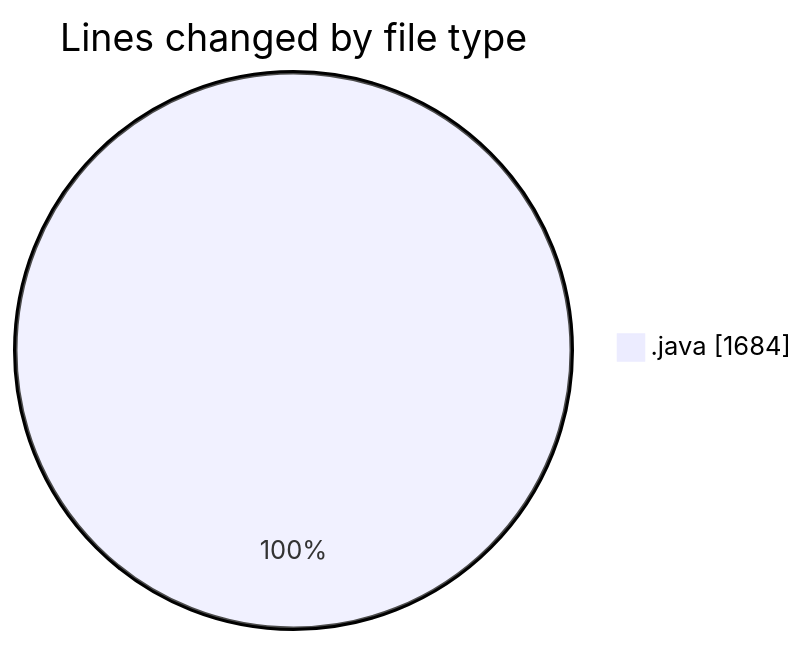
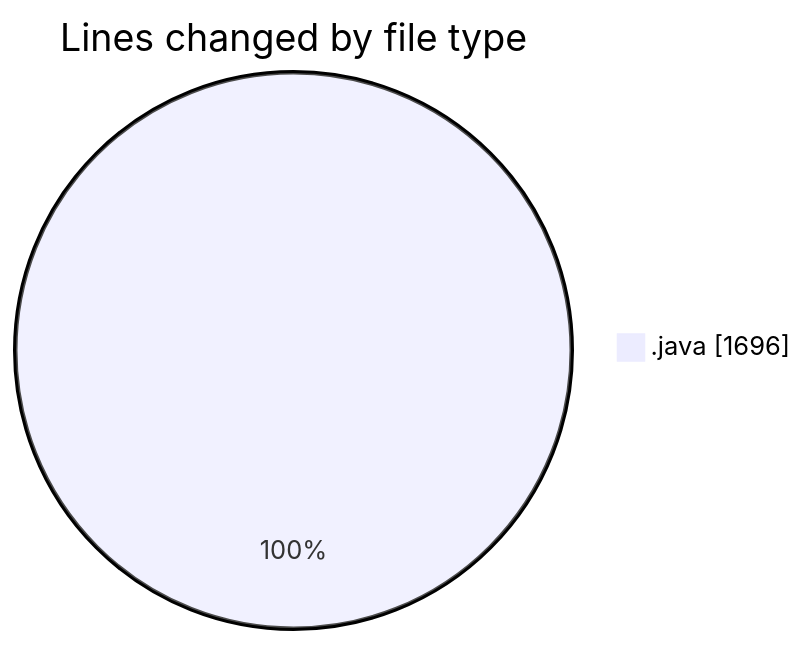
Before and after one commit to ricardozamudiocil/code-tracking: the first of 2 diagrams in 2026-09-30/cilreports__workspace_/README.md, drawn with Mermaid. The commit also changed other lines of this file and 1 other file, not shown here.

````diff
--- a/2026-09-30/cilreports__workspace_/README.md
+++ b/2026-09-30/cilreports__workspace_/README.md
@@ -22,5 +22,5 @@
 ```mermaid
 pie showData
 title Lines changed by file type
-".java" : 1684
+".java" : 1696
 ```
````
